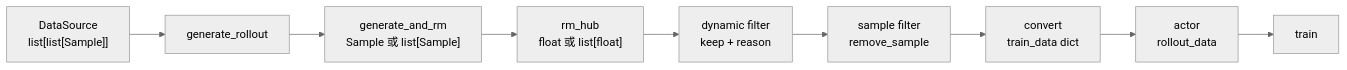
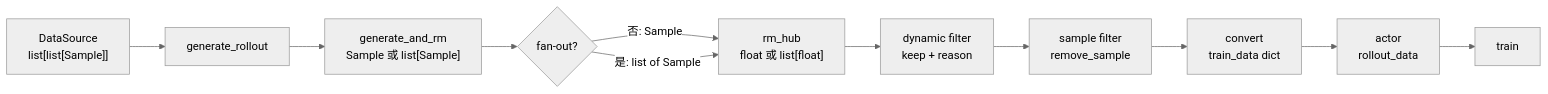
Before and after one commit to OnlyHero5/sglang-reading-vault: the second of 3 diagrams in slime_reading/高级特性/自定义扩展/Slime-自定义扩展-数据流.md, drawn with Mermaid (neutral theme). The commit also changed other lines of this file and 512 other files, not shown here.

````diff
--- a/slime_reading/高级特性/自定义扩展/Slime-自定义扩展-数据流.md
+++ b/slime_reading/高级特性/自定义扩展/Slime-自定义扩展-数据流.md
@@ -50,14 +50,18 @@
 ```mermaid
 flowchart LR
     DS["DataSource<br/>list[list[Sample]]"]
     RO["generate_rollout"]
     CG["generate_and_rm<br/>Sample 或 list[Sample]"]
+    SHAPE{"fan-out?"}
     RM["rm_hub<br/>float 或 list[float]"]
     DF["dynamic filter<br/>keep + reason"]
     SF["sample filter<br/>remove_sample"]
     CV["convert<br/>train_data dict"]
     ACT["actor<br/>rollout_data"]
     TR["train"]
 
-    DS --> RO --> CG --> RM --> DF --> SF --> CV --> ACT --> TR
+    DS --> RO --> CG --> SHAPE
+    SHAPE -->|否: Sample| RM
+    SHAPE -->|是: list of Sample| RM
+    RM --> DF --> SF --> CV --> ACT --> TR
 ```
````
